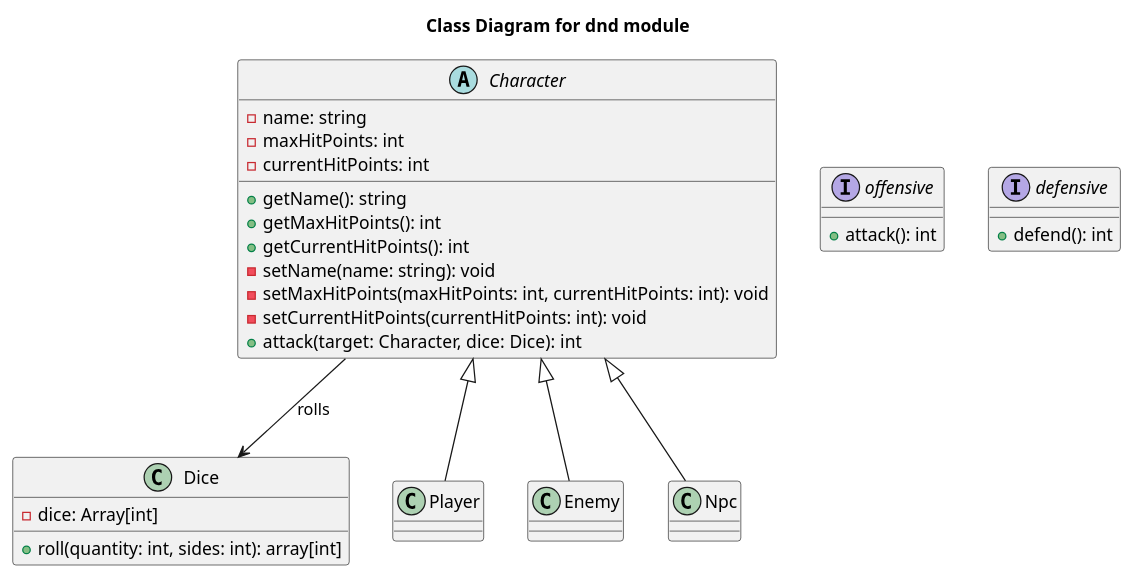
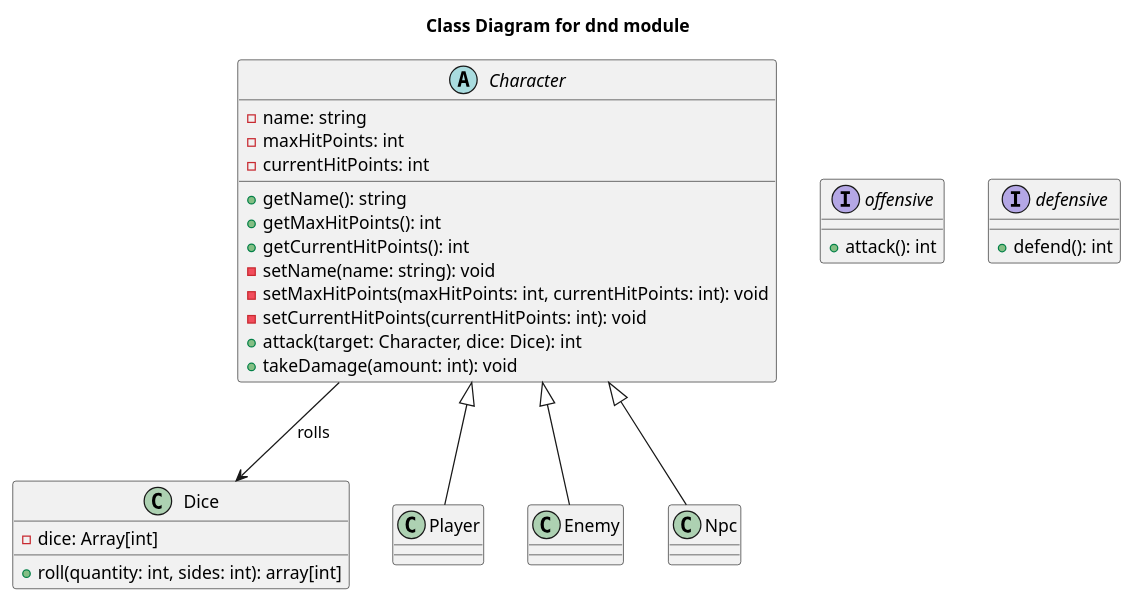
One commit to MrNegnar/DnDModule changed the diagram in diagrams/classDiagram.puml. Above: the diagram before and after it, drawn with PlantUML. The commit also changed 2 other files, not shown here.

```diff
--- a/diagrams/classDiagram.puml
+++ b/diagrams/classDiagram.puml
@@ -1,46 +1,47 @@
 @startuml classDiagram
 Title Class Diagram for dnd module
 
 class Dice {
   -dice: Array[int]
   +roll(quantity: int, sides: int): array[int]
 }
 
 Interface offensive {
   +attack(): int
 }
 
 Interface defensive {
   +defend(): int
 }
 
 abstract class Character {
   -name: string
   -maxHitPoints: int
   -currentHitPoints: int
   +getName(): string
   +getMaxHitPoints(): int
   +getCurrentHitPoints(): int
   -setName(name: string): void
   -setMaxHitPoints(maxHitPoints: int, currentHitPoints: int): void
   -setCurrentHitPoints(currentHitPoints: int): void
   +attack(target: Character, dice: Dice): int
+  +takeDamage(amount: int): void
 }
 
 class Player extends Character {
 
 }
 
 class Enemy extends Character {
 
 }
 
 class Npc extends Character {
 
 }
 
 
 Character --> Dice : rolls
 
 
 @enduml
```
